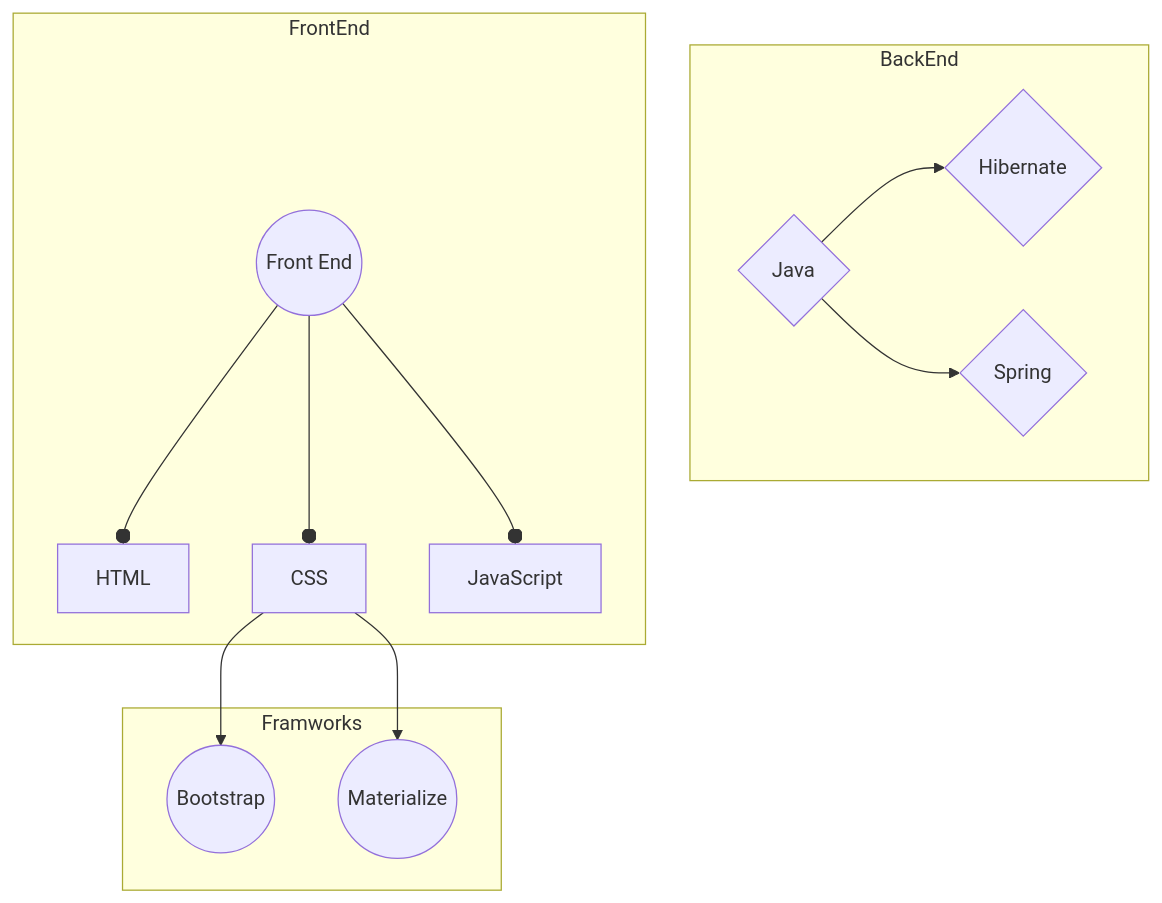
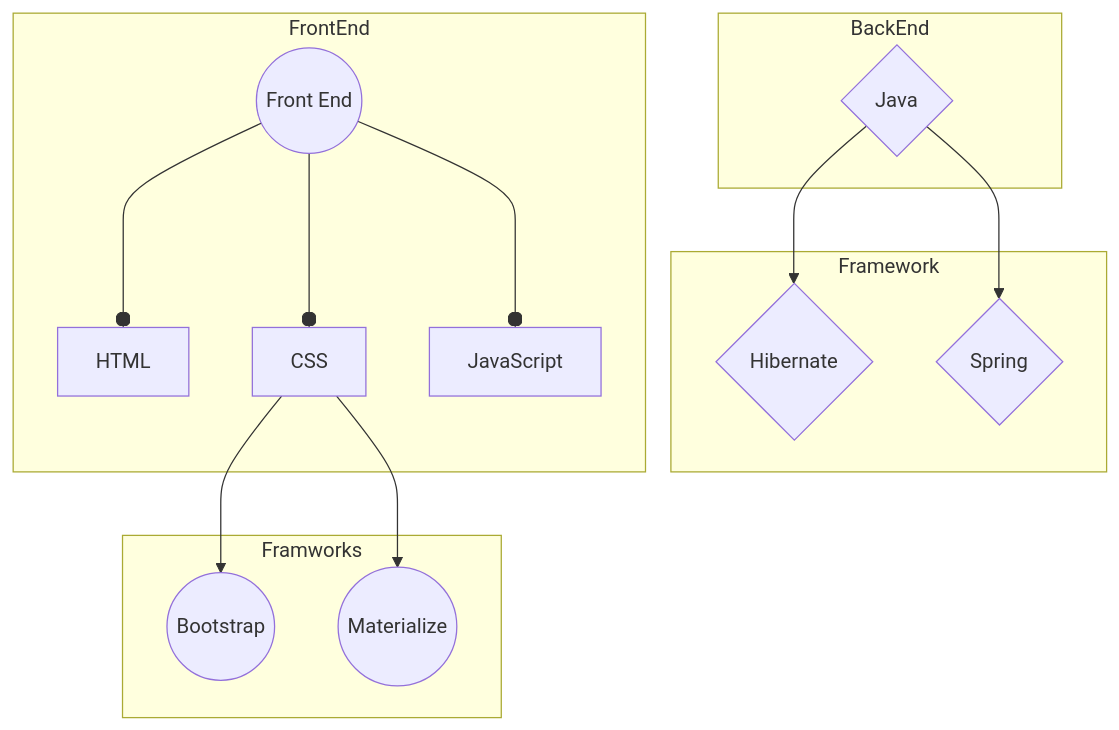
The diagram in README.md (krtuhin/krtuhin), drawn with Mermaid before and after one commit.

````diff
--- a/README.md
+++ b/README.md
@@ -104,35 +104,37 @@
 ```mermaid
 flowchart 
 fw1((Front End))
 f1[HTML]
 f2[CSS]
 f3[JavaScript]
 fw2((Bootstrap))
 fw3((Materialize))
 b1{Java}
 b2{Hibernate}
 b3{Spring}
  subgraph  BackEnd
 b1
+end 
+subgraph Framework
 b2
 b3
  end  
  subgraph Framworks 
 fw2
 fw3
  end
   subgraph  FrontEnd 
  fw1
  f1
  f2
  f3
  end  
  
  fw1 --o f1
  fw1 --o f2
  fw1 --o f3
  f2 --> fw2
  f2 --> fw3
  b1 -->b2
  b1 --> b3
  ```
````
